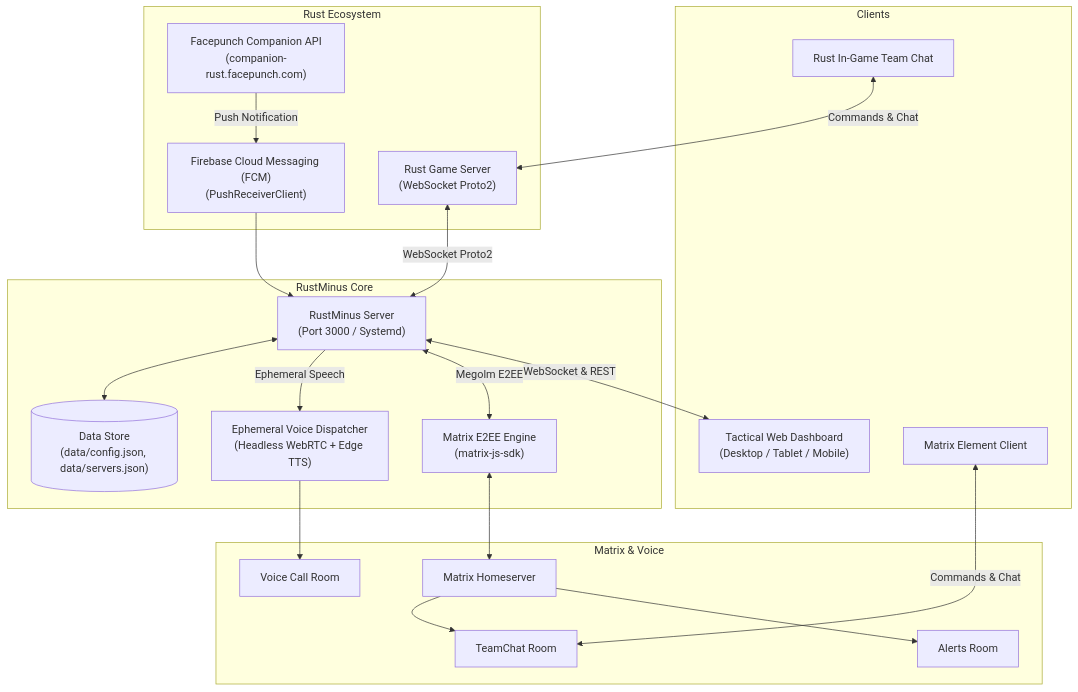
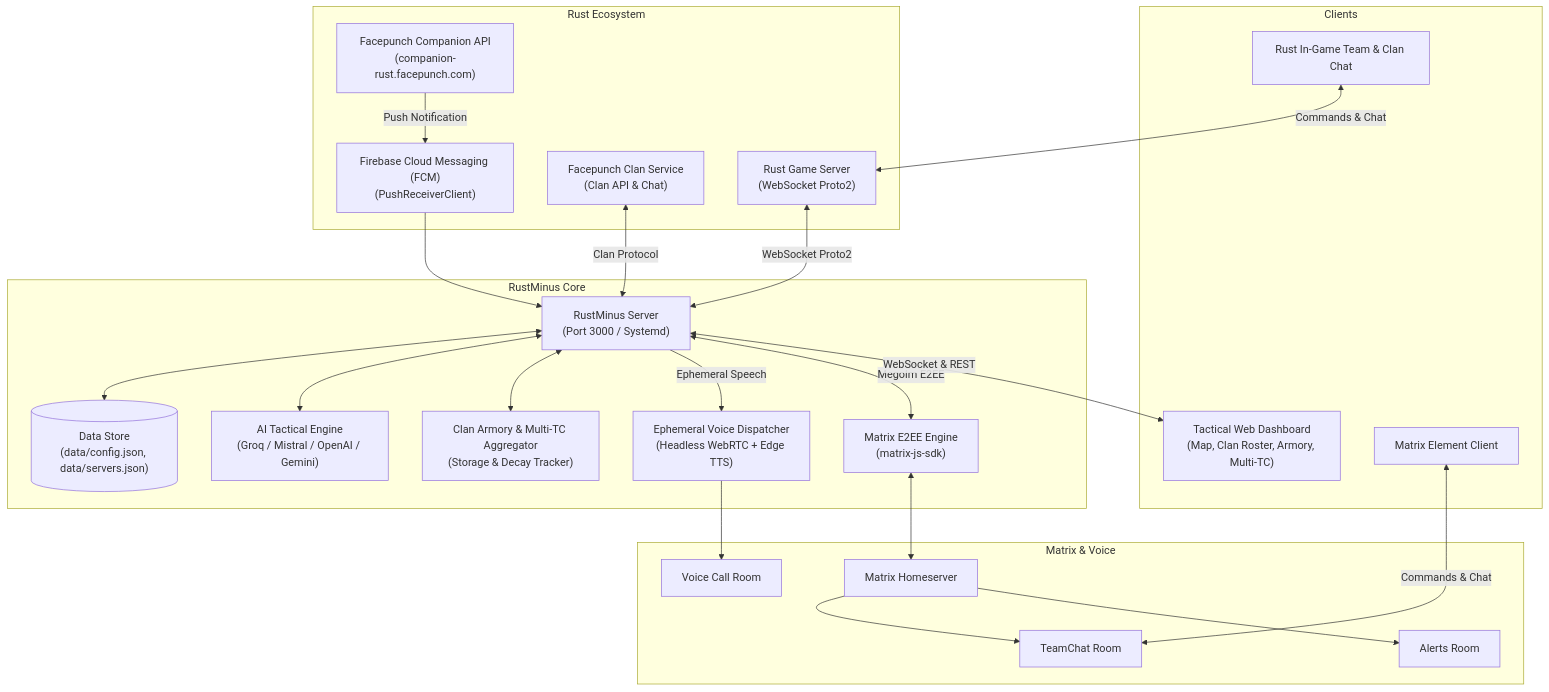
The diagram in README.md (pranabeshsingh/rustminus), drawn with Mermaid before and after one commit. The commit also changed other lines of this file and 1 other file, not shown here.

Commit message:
docs: update README with Clan system, Armory aggregator, Multi-TC grid, Day/Night alerts, and AI Assistant

````diff
--- a/README.md
+++ b/README.md
@@ -67,39 +104,45 @@
 ```mermaid
 flowchart TD
     subgraph Rust Ecosystem
         RS["Rust Game Server<br/>(WebSocket Proto2)"]
+        CLAN["Facepunch Clan Service<br/>(Clan API & Chat)"]
         FP["Facepunch Companion API<br/>(companion-rust.facepunch.com)"]
         FCM["Firebase Cloud Messaging (FCM)<br/>(PushReceiverClient)"]
     end
 
     subgraph RustMinus Core
         MGR["RustMinus Server<br/>(Port 3000 / Systemd)"]
         STORE[("Data Store<br/>(data/config.json, data/servers.json)")]
+        AI["AI Tactical Engine<br/>(Groq / Mistral / OpenAI / Gemini)"]
+        ARM["Clan Armory & Multi-TC Aggregator<br/>(Storage & Decay Tracker)"]
         VOICE["Ephemeral Voice Dispatcher<br/>(Headless WebRTC + Edge TTS)"]
         E2EE["Matrix E2EE Engine<br/>(matrix-js-sdk)"]
     end
 
     subgraph Matrix & Voice
         HS["Matrix Homeserver"]
         VC["Voice Call Room"]
         TC["TeamChat Room"]
         AL["Alerts Room"]
     end
 
     subgraph Clients
-        WEB["Tactical Web Dashboard<br/>(Desktop / Tablet / Mobile)"]
-        INGAME["Rust In-Game Team Chat"]
+        WEB["Tactical Web Dashboard<br/>(Map, Clan Roster, Armory, Multi-TC)"]
+        INGAME["Rust In-Game Team & Clan Chat"]
         EL["Matrix Element Client"]
     end
 
     RS <-->|WebSocket Proto2| MGR
+    CLAN <-->|Clan Protocol| MGR
     FP -->|Push Notification| FCM --> MGR
     MGR <--> STORE
+    MGR <--> AI
+    MGR <--> ARM
     MGR -->|Ephemeral Speech| VOICE --> VC
     MGR <-->|Megolm E2EE| E2EE <--> HS
     HS --> TC
     HS --> AL
     MGR <-->|WebSocket & REST| WEB
     INGAME <-->|Commands & Chat| RS
     EL <-->|Commands & Chat| TC
 ```
````
